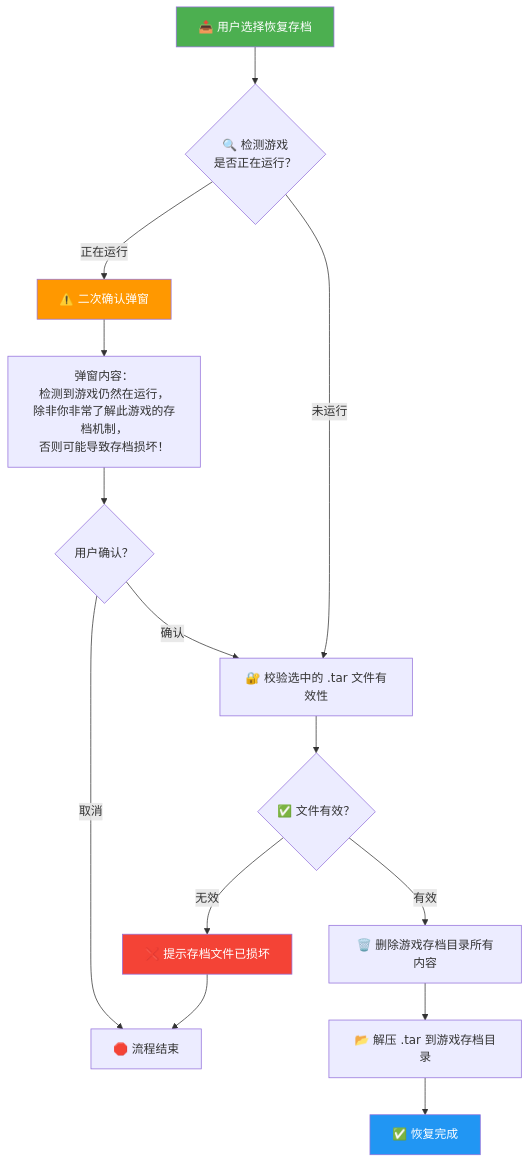
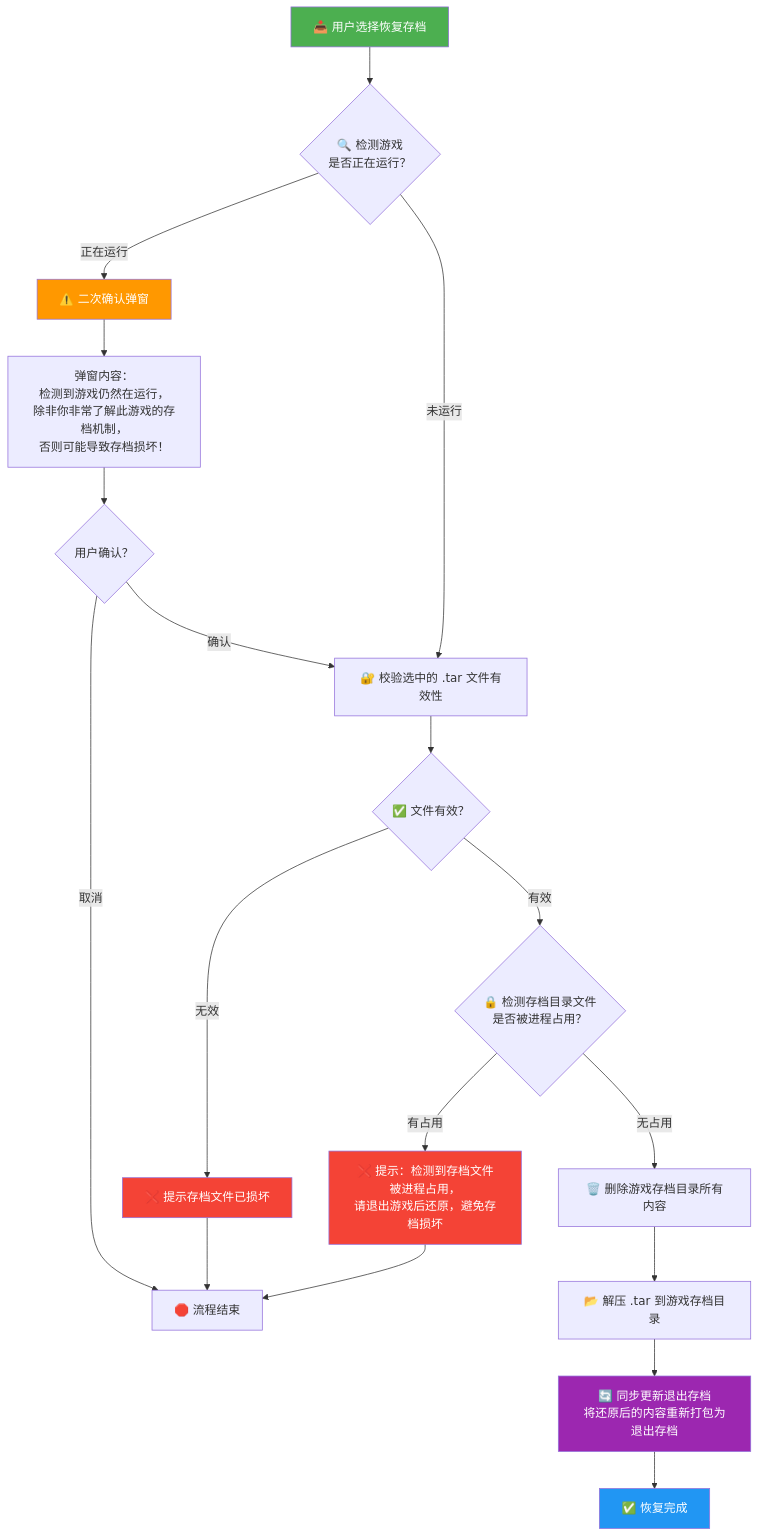
The sixth of 12 diagrams in docs/开发文档.md (yxsj245/gamesave), drawn with Mermaid before and after one commit. The commit also changed other lines of this file and 2 other files, not shown here.

Commit message:
fix:修复关闭游戏存档备份逻辑bug

````diff
--- a/docs/开发文档.md
+++ b/docs/开发文档.md
@@ -352,25 +352,31 @@
 ```mermaid
 flowchart TD
     A["📥 用户选择恢复存档"] --> B{"🔍 检测游戏<br/>是否正在运行？"}
 
     B -- 正在运行 --> C["⚠️ 二次确认弹窗"]
     C --> D["弹窗内容：<br/>检测到游戏仍然在运行，<br/>除非你非常了解此游戏的存档机制，<br/>否则可能导致存档损坏！"]
     D --> E{"用户确认？"}
     E -- 取消 --> Z["🛑 流程结束"]
     E -- 确认 --> F
 
     B -- 未运行 --> F["🔐 校验选中的 .tar 文件有效性"]
 
     F --> G{"✅ 文件有效？"}
     G -- 无效 --> H["❌ 提示存档文件已损坏"]
     H --> Z
 
-    G -- 有效 --> I["🗑️ 删除游戏存档目录所有内容"]
+    G -- 有效 --> LOCK{"🔒 检测存档目录文件<br/>是否被进程占用？"}
+    LOCK -- 有占用 --> LOCKERR["❌ 提示：检测到存档文件被进程占用，<br/>请退出游戏后还原，避免存档损坏"]
+    LOCKERR --> Z
+    LOCK -- 无占用 --> I["🗑️ 删除游戏存档目录所有内容"]
     I --> J["📂 解压 .tar 到游戏存档目录"]
-    J --> K["✅ 恢复完成"]
+    J --> SYNC["🔄 同步更新退出存档<br/>将还原后的内容重新打包为退出存档"]
+    SYNC --> K["✅ 恢复完成"]
 
     style A fill:#4CAF50,color:#fff
     style K fill:#2196F3,color:#fff
     style C fill:#FF9800,color:#fff
     style H fill:#f44336,color:#fff
+    style LOCKERR fill:#f44336,color:#fff
+    style SYNC fill:#9C27B0,color:#fff
 ```
````
